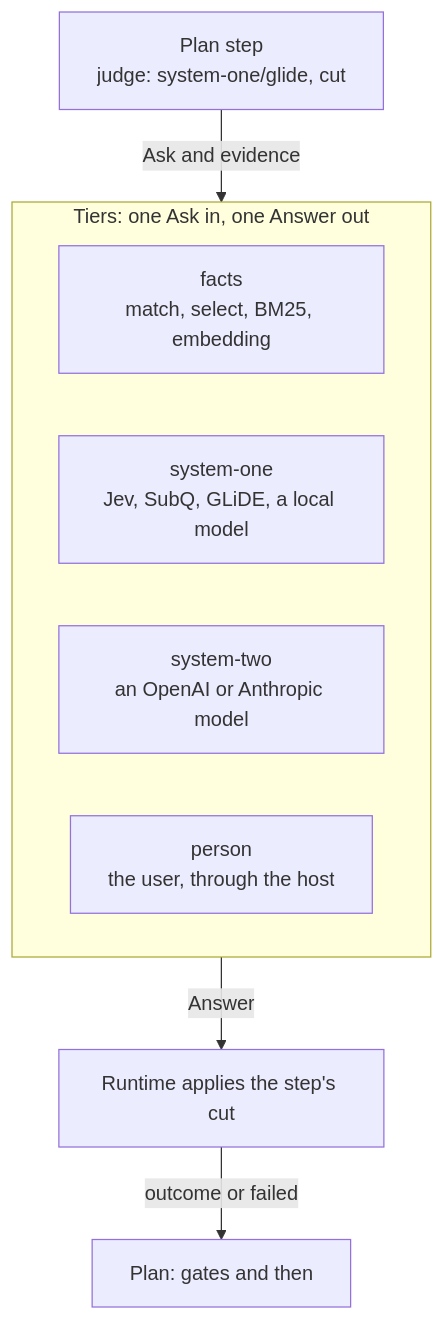
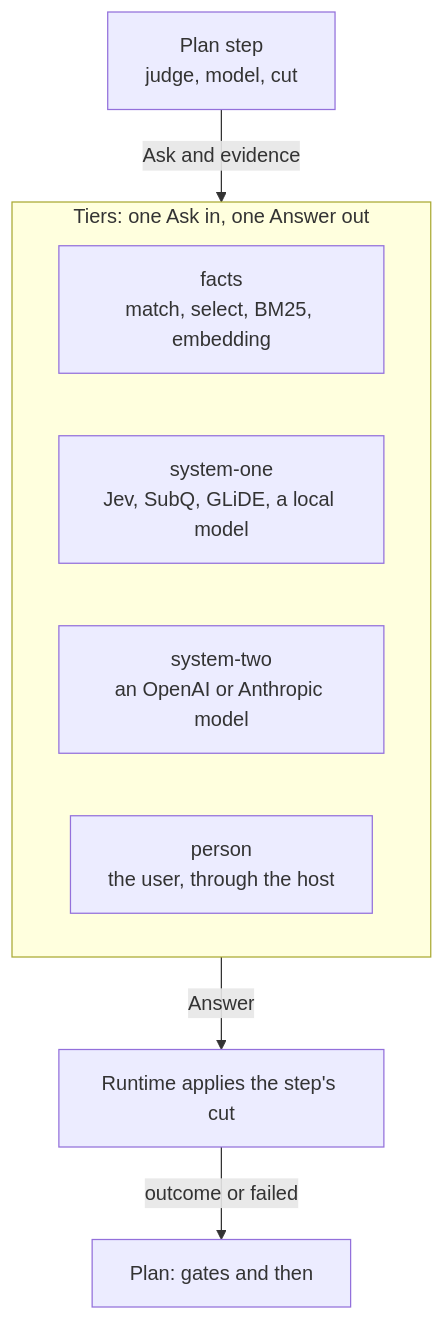
The sixth of 7 diagrams in docs/plans/pluggability.md (StevenJPx2/chauffeur), drawn with Mermaid before and after one commit. The commit also changed other lines of this file and 1 other file, not shown here.

First line of the commit message:
docs(plans): steps name a model in its own field; models.json

````diff
--- a/docs/plans/pluggability.md
+++ b/docs/plans/pluggability.md
@@ -252,12 +251,12 @@
 ```mermaid
 flowchart TB
-    Step["Plan step<br/>judge: system-one/glide, cut"] -- "Ask and evidence" --> Tiers
+    Step["Plan step<br/>judge, model, cut"] -- "Ask and evidence" --> Tiers
     subgraph Tiers["Tiers: one Ask in, one Answer out"]
         Facts["facts<br/>match, select, BM25, embedding"]
         S1["system-one<br/>Jev, SubQ, GLiDE, a local model"]
         S2["system-two<br/>an OpenAI or Anthropic model"]
         Person["person<br/>the user, through the host"]
     end
     Tiers -- "Answer" --> Cut["Runtime applies the step's cut"]
     Cut -- "outcome or failed" --> Plan["Plan: gates and then"]
 ```
````
